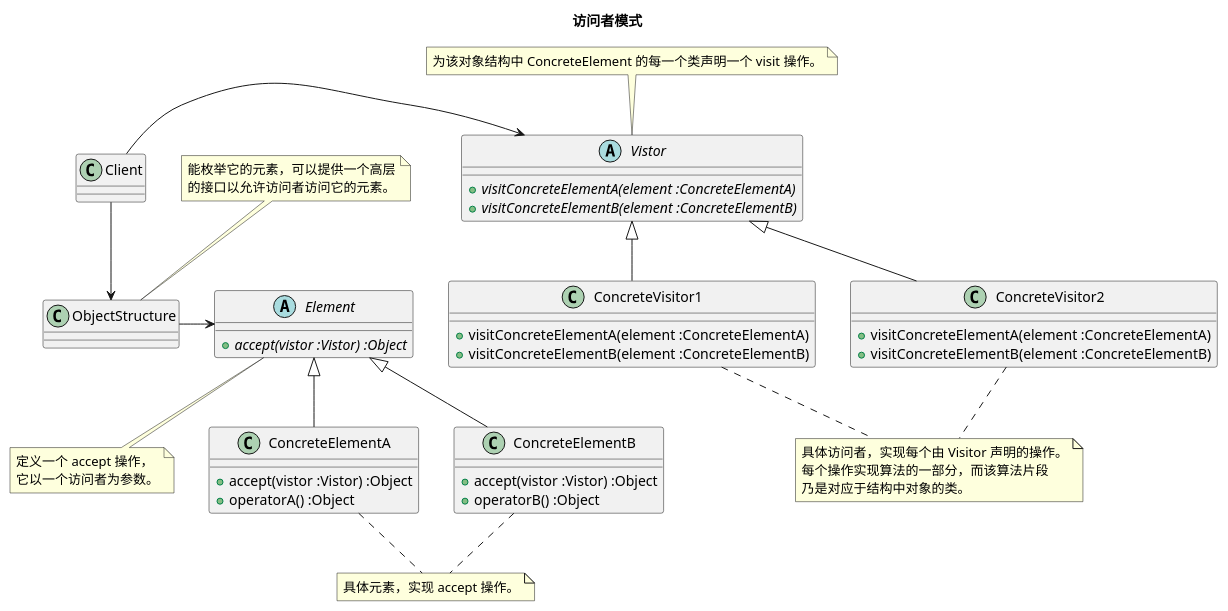
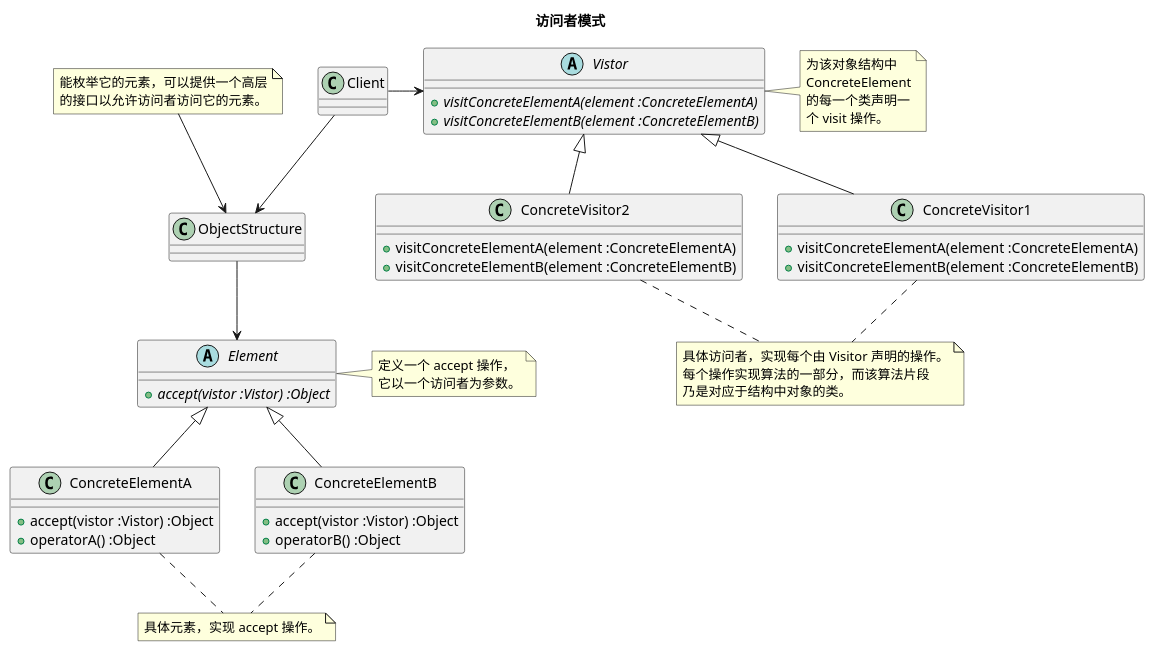
The diagram in puml/visitor.puml (diguage/deep-in-design-patterns), drawn with PlantUML before and after one commit.

Commit message:
美好UML布局

```diff
--- a/puml/visitor.puml
+++ b/puml/visitor.puml
@@ -1,62 +1,67 @@
 @startuml
 
 title <b>访问者模式</b>
 
 abstract class Vistor {
   + {abstract} visitConcreteElementA(element :ConcreteElementA)
   + {abstract} visitConcreteElementB(element :ConcreteElementB)
 }
-note top: 为该对象结构中 ConcreteElement 的每一个类声明一个 visit 操作。
+'note top: 为该对象结构中 ConcreteElement 的每一个类声明一个 visit 操作。
+note "为该对象结构中\nConcreteElement\n的每一个类声明一\n个 visit 操作。" as vn
+vn .left. Vistor
 
 class ConcreteVisitor1 {
   + visitConcreteElementA(element :ConcreteElementA)
   + visitConcreteElementB(element :ConcreteElementB)
 }
 
 class ConcreteVisitor2 {
   + visitConcreteElementA(element :ConcreteElementA)
   + visitConcreteElementB(element :ConcreteElementB)
 }
 
 note "具体访问者，实现每个由 Visitor 声明的操作。\n每个操作实现算法的一部分，而该算法片段\n乃是对应于结构中对象的类。" as cvn
 ConcreteVisitor1 .. cvn
 ConcreteVisitor2 .. cvn
 
 abstract class Element {
   + {abstract} accept(vistor :Vistor) :Object
 }
-note bottom: 定义一个 accept 操作，\n它以一个访问者为参数。
+note "定义一个 accept 操作，\n它以一个访问者为参数。" as en
+en .right.> Element
 
 class ConcreteElementA {
   + accept(vistor :Vistor) :Object
   + operatorA() :Object
 }
 
 class ConcreteElementB {
   + accept(vistor :Vistor) :Object
   + operatorB() :Object
 }
 
 note "具体元素，实现 accept 操作。" as cen
 
 ConcreteElementA .. cen
 ConcreteElementB .. cen
 
 class ObjectStructure
-note top: 能枚举它的元素，可以提供一个高层\n的接口以允许访问者访问它的元素。
+note "能枚举它的元素，可以提供一个高层\n的接口以允许访问者访问它的元素。" as osn
+osn --> ObjectStructure
+osn .[hidden]right.> Client
 
 class Client
 
 
 Vistor <|-- ConcreteVisitor1
 Vistor <|-- ConcreteVisitor2
 
 Element <|-- ConcreteElementA
 Element <|-- ConcreteElementB
 
-ObjectStructure -right-> Element
+ObjectStructure -down-> Element
 
 Client -right-> Vistor
 Client -down-> ObjectStructure
 
 @enduml
```
